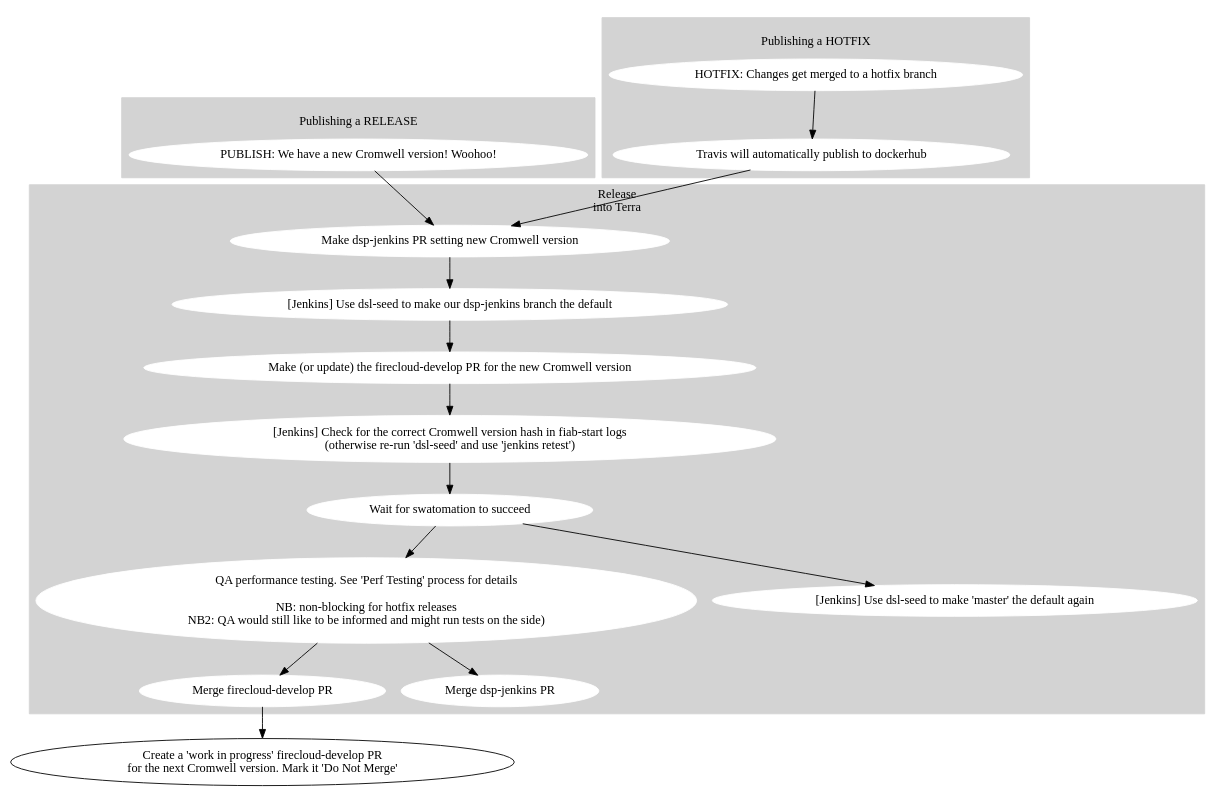
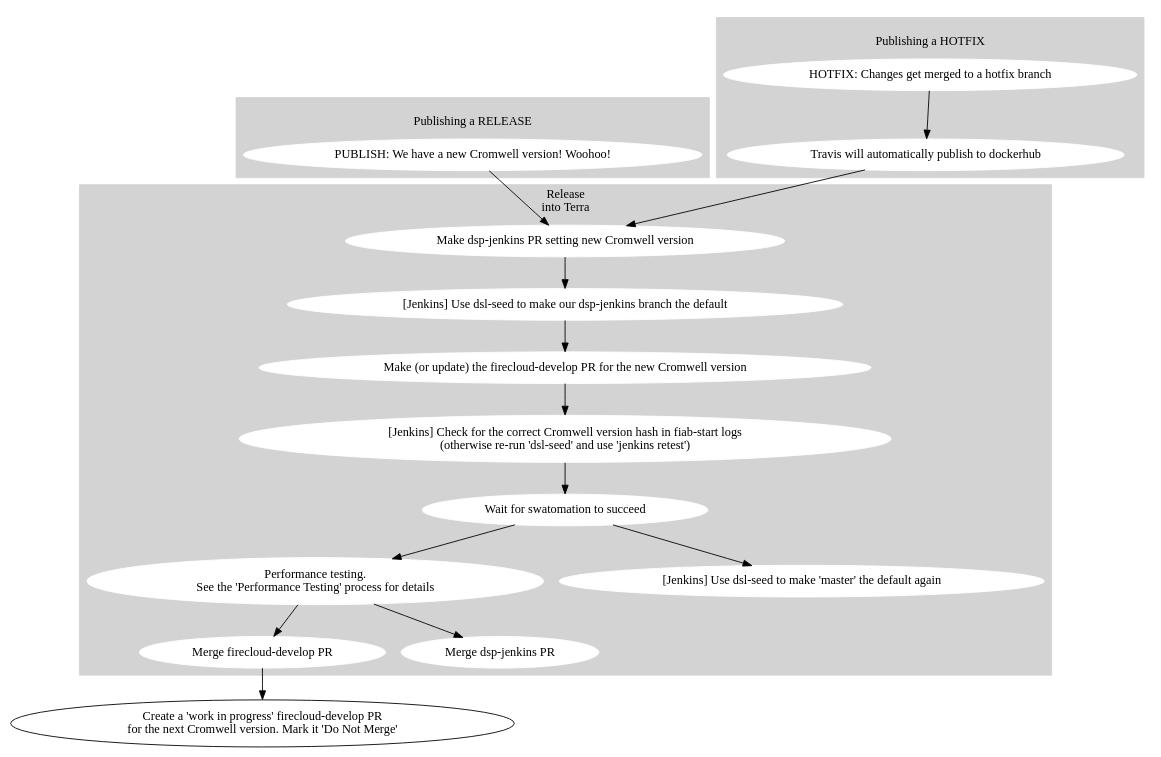
The diagram in processes/release_processes/firecloud-develop.dot (broadinstitute/cromwell), drawn with Graphviz before and after one commit. The commit also changed 1 other file, not shown here.

```diff
--- a/processes/release_processes/firecloud-develop.dot
+++ b/processes/release_processes/firecloud-develop.dot
@@ -1,70 +1,70 @@
 digraph {
 
   # Nodes
 
   subgraph cluster_0 {
     label="\lPublishing a RELEASE"
     style=filled
     node [style=filled,color=white];
     color="lightgrey"
 
     release_cromwell [shape=oval label="PUBLISH: We have a new Cromwell version! Woohoo!"];
   }
 
   subgraph cluster_1 {
     label="\lPublishing a HOTFIX"
     style=filled
     node [style=filled,color=white];
     color="lightgrey"
 
     hotfix_changes [shape=oval label="HOTFIX: Changes get merged to a hotfix branch"];
     publish_hotfix [shape=oval label="Travis will automatically publish to dockerhub"];
   }
 
   subgraph cluster_2 {
     label="Release\ninto Terra"
     style=filled
     node [style=filled,color=white];
     color="lightgrey"
 
     fcdev_pr [shape=oval label="Make (or update) the firecloud-develop PR for the new Cromwell version"];
     confirm_cromwell_v [shape=oval label="[Jenkins] Check for the correct Cromwell version hash in fiab-start logs\n(otherwise re-run 'dsl-seed' and use 'jenkins retest')"];
     confirm_cromwell_v [shape=oval label="[Jenkins] Check for the correct Cromwell version hash in fiab-start logs\n(otherwise re-run 'dsl-seed' and use 'jenkins retest')"];
     fcdev_success [shape=oval label="Wait for swatomation to succeed"];
 
     fcdev_merge [shape=oval label="Merge firecloud-develop PR"];
 
     dspjenkins_PR [shape=oval label="Make dsp-jenkins PR setting new Cromwell version"];
     dspjenkins_merge [shape=oval label="Merge dsp-jenkins PR"];
 
-    qa_perf [shape=oval label="QA performance testing. See 'Perf Testing' process for details\n\nNB: non-blocking for hotfix releases\nNB2: QA would still like to be informed and might run tests on the side)"];
+    qa_perf [shape=oval label="Performance testing.\nSee the 'Performance Testing' process for details"];
 
     jenkins_set [shape=oval label="[Jenkins] Use dsl-seed to make our dsp-jenkins branch the default"];
     jenkins_reset [shape=oval label="[Jenkins] Use dsl-seed to make 'master' the default again"];
 
   }
 
   fcdev_upnext [shape=oval label="Create a 'work in progress' firecloud-develop PR\nfor the next Cromwell version. Mark it 'Do Not Merge'"];
 
   # Edges
 
   hotfix_changes -> publish_hotfix
   publish_hotfix -> dspjenkins_PR
 
   release_cromwell -> dspjenkins_PR
 
   fcdev_pr -> confirm_cromwell_v
 
   dspjenkins_PR -> jenkins_set
 
   jenkins_set -> fcdev_pr
   confirm_cromwell_v -> fcdev_success
 
   fcdev_success -> jenkins_reset
   fcdev_success -> qa_perf
 
   qa_perf -> dspjenkins_merge
   qa_perf -> fcdev_merge
 
   fcdev_merge -> fcdev_upnext
 }
```
